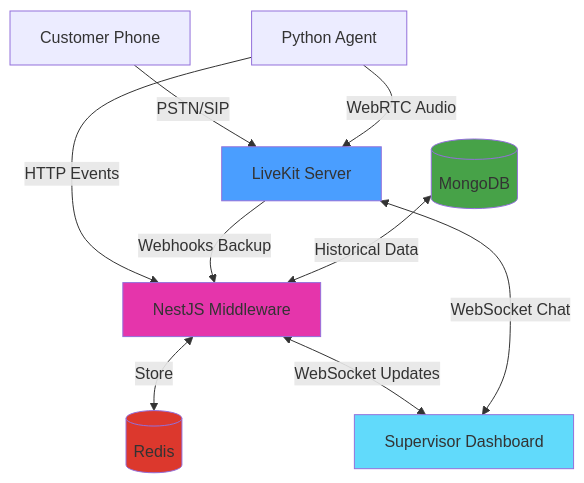
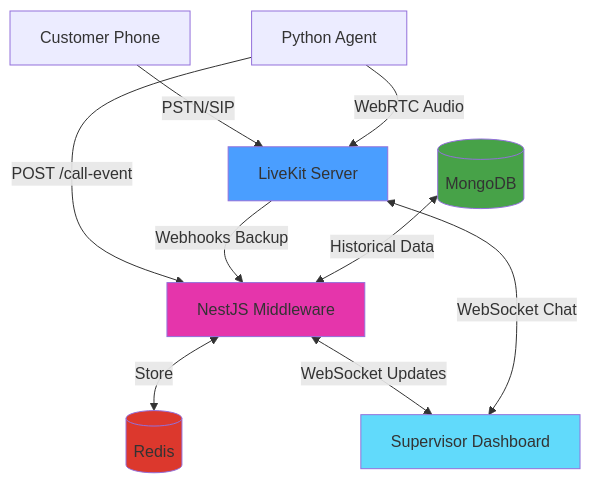
One commit to lyestarzalt/tarzalt.dev changed the first of 4 diagrams in content/posts/ai-voice-agent-supervisor/index.md. Above: the diagram before and after it, drawn with Mermaid. The commit also changed other lines of this file, not shown here.

````diff
--- a/content/posts/ai-voice-agent-supervisor/index.md
+++ b/content/posts/ai-voice-agent-supervisor/index.md
@@ -270,19 +264,19 @@
 ```mermaid
 graph TB
     Customer[Customer Phone] -->|PSTN/SIP| LK[LiveKit Server]
     Agent[Python Agent] -->|WebRTC Audio| LK
-    Agent -->|HTTP Events| MW[NestJS Middleware]
+    Agent -->|POST /call-event| MW[NestJS Middleware]
     LK -->|Webhooks Backup| MW
     
     MongoDB[(MongoDB)] <--> |Historical Data| MW
     
     MW <-->|Store| Redis[(Redis)]
     MW <-->|WebSocket Updates| Dashboard[Supervisor Dashboard]
     LK <-->|WebSocket Chat| Dashboard
     
     style LK fill:#4a9eff
     style MW fill:#e535ab
     style Redis fill:#dc382d
     style MongoDB fill:#47a248
     style Dashboard fill:#61dafb
 ```
````
